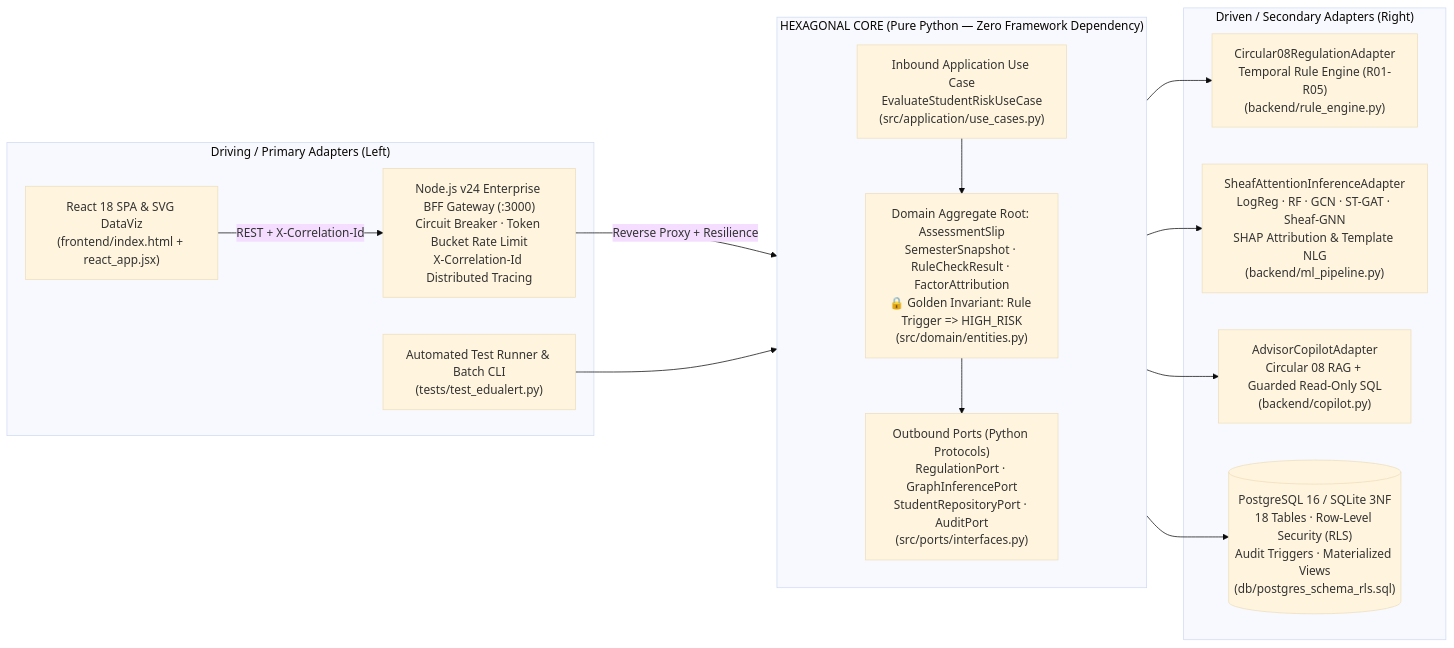
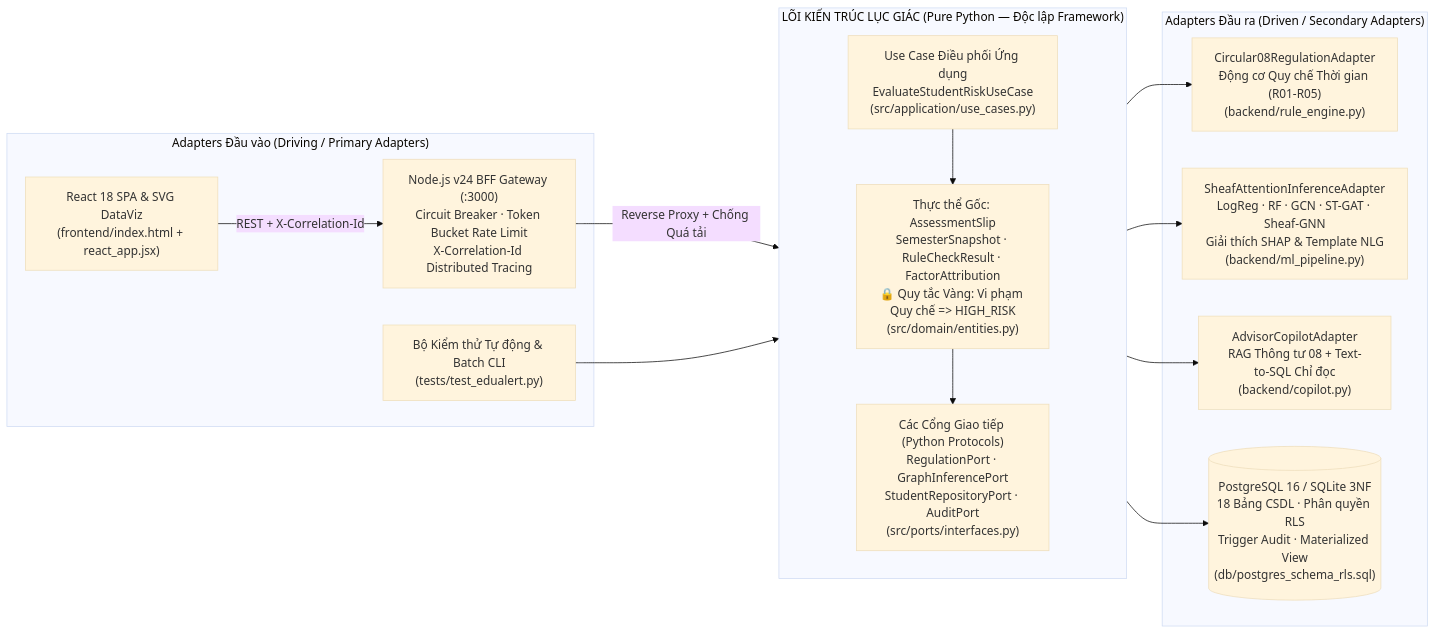
One commit to danielhuynh-04/edualert-hexagonal-gnn changed the first of 9 diagrams in README.md. Above: the diagram before and after it, drawn with Mermaid (base theme). The commit also changed other lines of this file and 1 other file, not shown here.

````diff
--- a/README.md
+++ b/README.md
@@ -43,31 +47,31 @@
 ```mermaid
 flowchart LR
-    subgraph Driving["Driving / Primary Adapters (Left)"]
+    subgraph Driving["Adapters Đầu vào (Driving / Primary Adapters)"]
         UI["React 18 SPA & SVG DataViz\n(frontend/index.html + react_app.jsx)"]
-        GW["Node.js v24 Enterprise BFF Gateway (:3000)\nCircuit Breaker · Token Bucket Rate Limit\nX-Correlation-Id Distributed Tracing"]
-        CLI["Automated Test Runner & Batch CLI\n(tests/test_edualert.py)"]
+        GW["Node.js v24 BFF Gateway (:3000)\nCircuit Breaker · Token Bucket Rate Limit\nX-Correlation-Id Distributed Tracing"]
+        CLI["Bộ Kiểm thử Tự động & Batch CLI\n(tests/test_edualert.py)"]
     end
 
-    subgraph Hexagon["HEXAGONAL CORE (Pure Python — Zero Framework Dependency)"]
+    subgraph Hexagon["LÕI KIẾN TRÚC LỤC GIÁC (Pure Python — Độc lập Framework)"]
         direction TB
-        UC["Inbound Application Use Case\nEvaluateStudentRiskUseCase\n(src/application/use_cases.py)"]
-        AGG["Domain Aggregate Root: AssessmentSlip\nSemesterSnapshot · RuleCheckResult · FactorAttribution\n🔒 Golden Invariant: Rule Trigger => HIGH_RISK\n(src/domain/entities.py)"]
-        PORTS["Outbound Ports (Python Protocols)\nRegulationPort · GraphInferencePort\nStudentRepositoryPort · AuditPort\n(src/ports/interfaces.py)"]
+        UC["Use Case Điều phối Ứng dụng\nEvaluateStudentRiskUseCase\n(src/application/use_cases.py)"]
+        AGG["Thực thể Gốc: AssessmentSlip\nSemesterSnapshot · RuleCheckResult · FactorAttribution\n🔒 Quy tắc Vàng: Vi phạm Quy chế => HIGH_RISK\n(src/domain/entities.py)"]
+        PORTS["Các Cổng Giao tiếp (Python Protocols)\nRegulationPort · GraphInferencePort\nStudentRepositoryPort · AuditPort\n(src/ports/interfaces.py)"]
         UC --> AGG --> PORTS
     end
 
-    subgraph Driven["Driven / Secondary Adapters (Right)"]
-        REG["Circular08RegulationAdapter\nTemporal Rule Engine (R01-R05)\n(backend/rule_engine.py)"]
-        GNN["SheafAttentionInferenceAdapter\nLogReg · RF · GCN · ST-GAT · Sheaf-GNN\nSHAP Attribution & Template NLG\n(backend/ml_pipeline.py)"]
-        COP["AdvisorCopilotAdapter\nCircular 08 RAG + Guarded Read-Only SQL\n(backend/copilot.py)"]
-        DB[("PostgreSQL 16 / SQLite 3NF\n18 Tables · Row-Level Security (RLS)\nAudit Triggers · Materialized Views\n(db/postgres_schema_rls.sql)")]
+    subgraph Driven["Adapters Đầu ra (Driven / Secondary Adapters)"]
+        REG["Circular08RegulationAdapter\nĐộng cơ Quy chế Thời gian (R01-R05)\n(backend/rule_engine.py)"]
+        GNN["SheafAttentionInferenceAdapter\nLogReg · RF · GCN · ST-GAT · Sheaf-GNN\nGiải thích SHAP & Template NLG\n(backend/ml_pipeline.py)"]
+        COP["AdvisorCopilotAdapter\nRAG Thông tư 08 + Text-to-SQL Chỉ đọc\n(backend/copilot.py)"]
+        DB[("PostgreSQL 16 / SQLite 3NF\n18 Bảng CSDL · Phân quyền RLS\nTrigger Audit · Materialized View\n(db/postgres_schema_rls.sql)")]
     end
 
     UI -->|REST + X-Correlation-Id| GW
-    GW -->|Reverse Proxy + Resilience| UC
+    GW -->|Reverse Proxy + Chống Quá tải| UC
     CLI --> UC
     PORTS --> REG
     PORTS --> GNN
     PORTS --> COP
     PORTS --> DB
 ```
````
